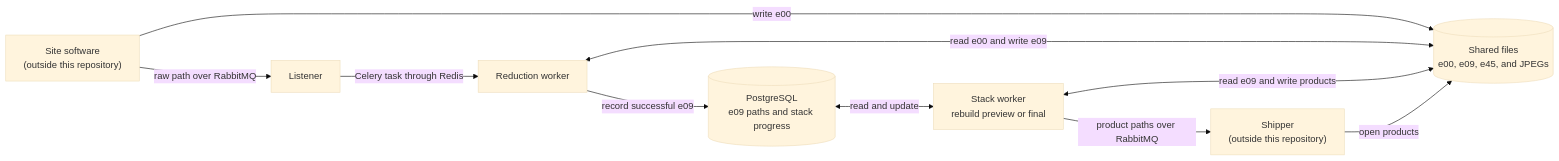
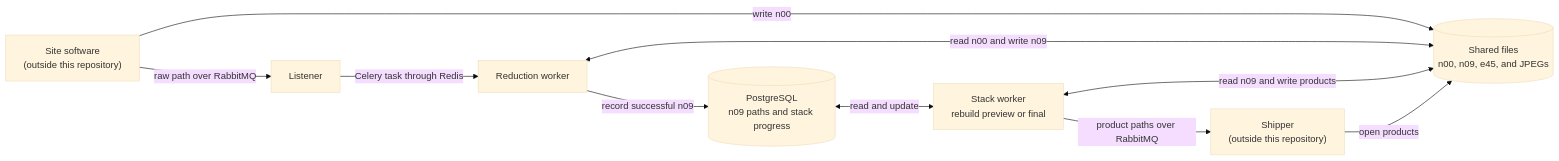
Before and after one commit to LCOGT/banzai: the diagram in docs/smartstacking_architecture.md, drawn with Mermaid (base theme). The commit also changed other lines of this file and 1 other file, not shown here.

````diff
--- a/docs/smartstacking_architecture.md
+++ b/docs/smartstacking_architecture.md
@@ -30,21 +32,21 @@
 ```mermaid
 flowchart LR
     Site["Site software<br/>(outside this repository)"]
     Listener["Listener"]
     Reducer["Reduction worker"]
-    DB[("PostgreSQL<br/>e09 paths and stack progress")]
+    DB[("PostgreSQL<br/>n09 paths and stack progress")]
     Stacker["Stack worker<br/>rebuild preview or final"]
     Shipper["Shipper<br/>(outside this repository)"]
-    Files[("Shared files<br/>e00, e09, e45, and JPEGs")]
+    Files[("Shared files<br/>n00, n09, e45, and JPEGs")]
 
     Site -->|"raw path over RabbitMQ"| Listener
     Listener -->|"Celery task through Redis"| Reducer
-    Reducer -->|"record successful e09"| DB
+    Reducer -->|"record successful n09"| DB
     DB <-->|"read and update"| Stacker
     Stacker -->|"product paths over RabbitMQ"| Shipper
 
-    Site -->|"write e00"| Files
-    Reducer <-->|"read e00 and write e09"| Files
-    Stacker <-->|"read e09 and write products"| Files
+    Site -->|"write n00"| Files
+    Reducer <-->|"read n00 and write n09"| Files
+    Stacker <-->|"read n09 and write products"| Files
     Shipper -->|"open products"| Files
 ```
````
